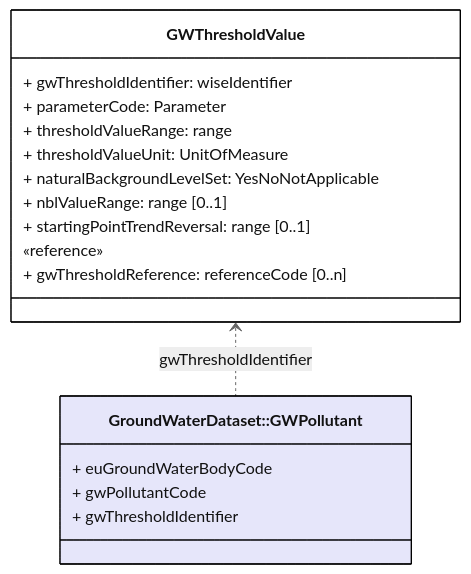
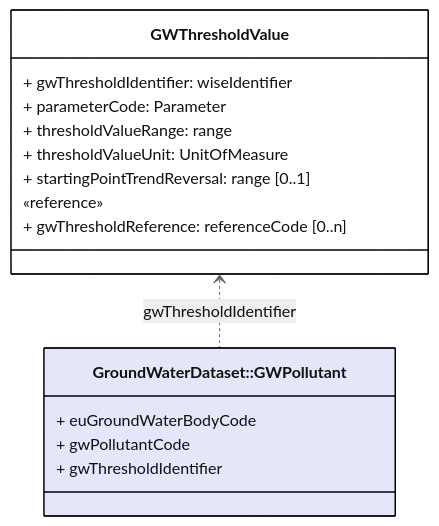
Before and after one commit to eeadata/WISE.WFD.Documentation: the diagram in docs/DataModelReview/mmd/GroundwaterMethodologies_4thCycle_GWThresholdValue_ClassDiagram.mmd, drawn with Mermaid. The commit also changed 5 other files, not shown here.

```diff
--- a/docs/DataModelReview/mmd/GroundwaterMethodologies_4thCycle_GWThresholdValue_ClassDiagram.mmd
+++ b/docs/DataModelReview/mmd/GroundwaterMethodologies_4thCycle_GWThresholdValue_ClassDiagram.mmd
@@ -1,35 +1,33 @@
 ---
 config:
   class:
     hideEmptyMembersBox: true
   layout: dagre
   theme: neutral
   themeVariables:
     noteBkgColor: LightYellow
     noteTextColor: black 
 ---
 classDiagram
 class GWThresholdValue{
   + gwThresholdIdentifier: wiseIdentifier
   + parameterCode: Parameter
   + thresholdValueRange: range
   + thresholdValueUnit: UnitOfMeasure
-  + naturalBackgroundLevelSet: YesNoNotApplicable
-  + nblValueRange: range  [0..1] 
 
   + startingPointTrendReversal: range [0..1]
   «reference»
   + gwThresholdReference: referenceCode [0..n]
 }
 
 class GWPollutant ["GroundWaterDataset::GWPollutant"]:::otherDataset{
   + euGroundWaterBodyCode
   + gwPollutantCode
   + gwThresholdIdentifier
 }
 
 GWThresholdValue <.. GWPollutant: gwThresholdIdentifier
 
 classDef default fill:white,stroke:#000;
 classDef otherDataset fill:lavender,stroke:#000;
 classDef forFixing fill:white,stroke:#f00;
```
